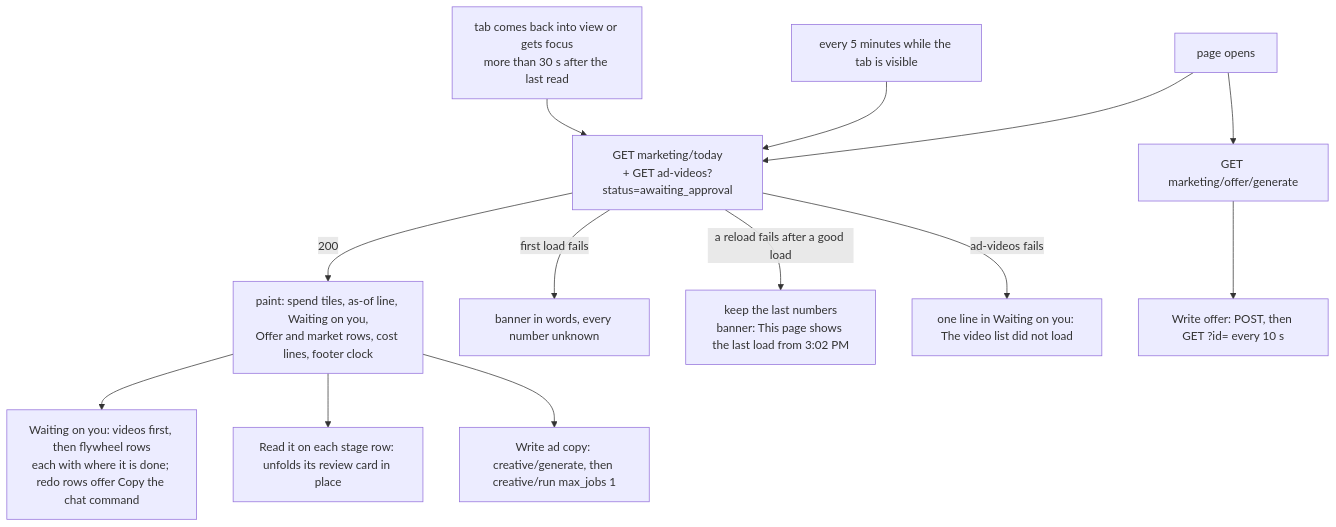
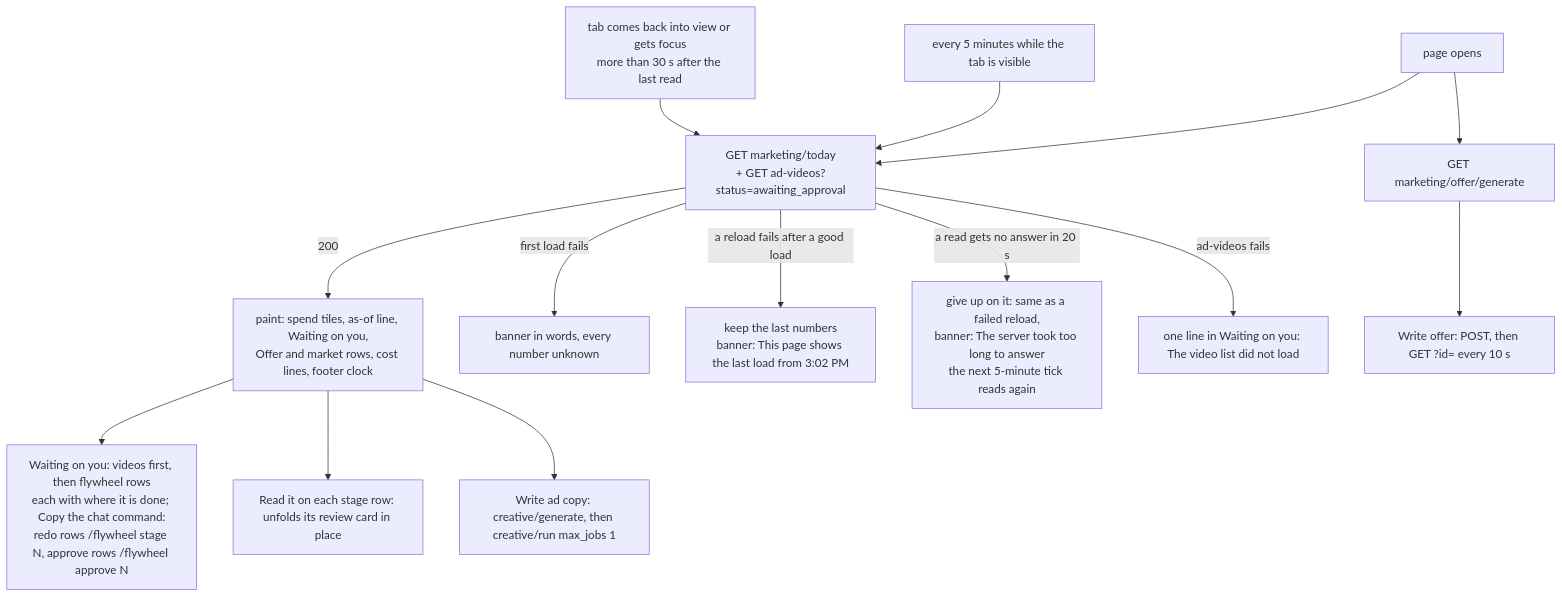
One commit to ZootimusMaximusSupreme/fundhub-platform changed the third of 3 diagrams in docs/journeys/marketing-dashboard-flow.md. Above: the diagram before and after it, drawn with Mermaid. The commit also changed other lines of this file and 8 other files, not shown here.

````diff
--- a/docs/journeys/marketing-dashboard-flow.md
+++ b/docs/journeys/marketing-dashboard-flow.md
@@ -93,15 +97,16 @@
 ```mermaid
 flowchart TD
   P0[page opens] --> P1[GET marketing/today<br/>+ GET ad-videos?status=awaiting_approval]
   P0 --> P2[GET marketing/offer/generate]
   P1 -->|200| P3[paint: spend tiles, as-of line, Waiting on you,<br/>Offer and market rows, cost lines, footer clock]
   P1 -->|first load fails| P4[banner in words, every number unknown]
   T1[every 5 minutes while the tab is visible] --> P1
   T2[tab comes back into view or gets focus<br/>more than 30 s after the last read] --> P1
   P1 -->|a reload fails after a good load| P5[keep the last numbers<br/>banner: This page shows the last load from 3:02 PM]
+  P1 -->|a read gets no answer in 20 s| P7[give up on it: same as a failed reload,<br/>banner: The server took too long to answer<br/>the next 5-minute tick reads again]
   P1 -->|ad-videos fails| P6[one line in Waiting on you: The video list did not load]
-  P3 --> W1[Waiting on you: videos first, then flywheel rows<br/>each with where it is done; redo rows offer Copy the chat command]
+  P3 --> W1[Waiting on you: videos first, then flywheel rows<br/>each with where it is done; Copy the chat command:<br/>redo rows /flywheel stage N, approve rows /flywheel approve N]
   P3 --> R1[Read it on each stage row: unfolds its review card in place]
   P3 --> X1[Write ad copy: creative/generate, then creative/run max_jobs 1]
   P2 --> X2[Write offer: POST, then GET ?id= every 10 s]
 ```
````
